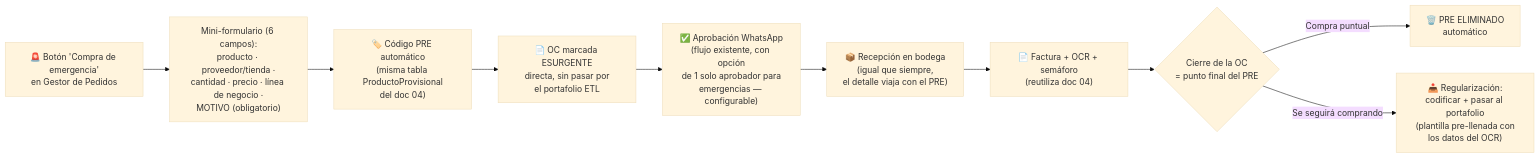
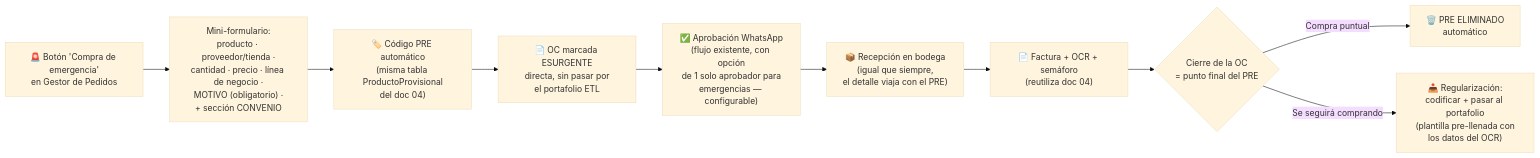
Before and after one commit to juliantovar05/Pruebas-farmy: the second of 2 diagrams in docs/05-compras-emergencia.md, drawn with Mermaid (base theme). The commit also changed other lines of this file, not shown here.

First line of the commit message:
Compra de emergencia: OC directa decidida y sección de Convenio en el mini-formulario

````diff
--- a/docs/05-compras-emergencia.md
+++ b/docs/05-compras-emergencia.md
@@ -32,12 +32,12 @@
 ```mermaid
 flowchart LR
-    A["🚨 Botón 'Compra de emergencia'<br/>en Gestor de Pedidos"] --> B["Mini-formulario (6 campos):<br/>producto · proveedor/tienda ·<br/>cantidad · precio · línea de negocio ·<br/>MOTIVO (obligatorio)"]
+    A["🚨 Botón 'Compra de emergencia'<br/>en Gestor de Pedidos"] --> B["Mini-formulario:<br/>producto · proveedor/tienda ·<br/>cantidad · precio · línea de negocio ·<br/>MOTIVO (obligatorio) ·<br/>+ sección CONVENIO"]
     B --> C["🏷️ Código PRE automático<br/>(misma tabla ProductoProvisional<br/>del doc 04)"]
     C --> D["📄 OC marcada ESURGENTE<br/>directa, sin pasar por<br/>el portafolio ETL"]
     D --> E["✅ Aprobación WhatsApp<br/>(flujo existente, con opción<br/>de 1 solo aprobador para<br/>emergencias — configurable)"]
     E --> F["📦 Recepción en bodega<br/>(igual que siempre,<br/>el detalle viaja con el PRE)"]
     F --> G["📄 Factura + OCR + semáforo<br/>(reutiliza doc 04)"]
     G --> H{"Cierre de la OC<br/>= punto final del PRE"}
     H -->|"Compra puntual"| I["🗑️ PRE ELIMINADO<br/>automático"]
     H -->|"Se seguirá comprando"| J["📥 Regularización:<br/>codificar + pasar al portafolio<br/>(plantilla pre-llenada con<br/>los datos del OCR)"]
 ```
````
